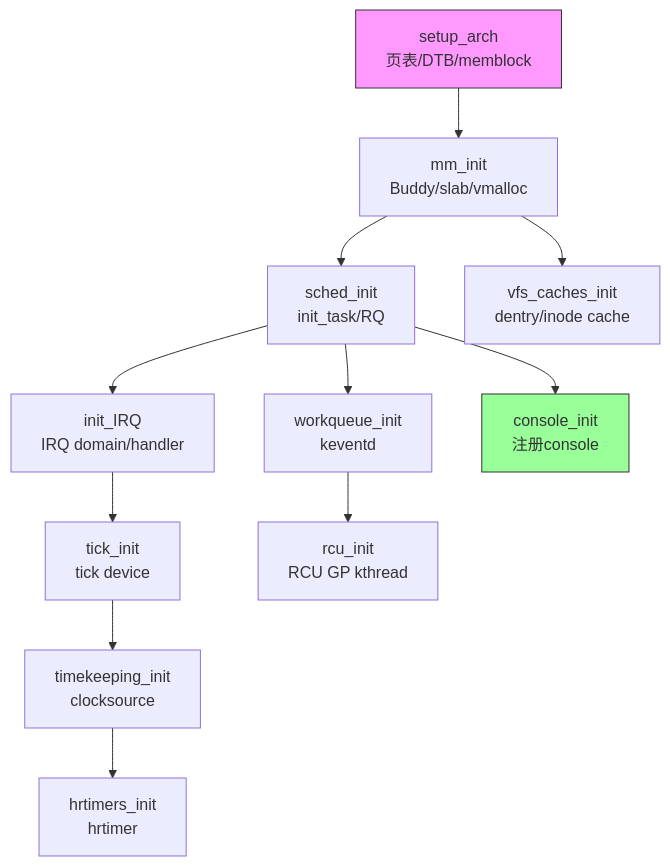
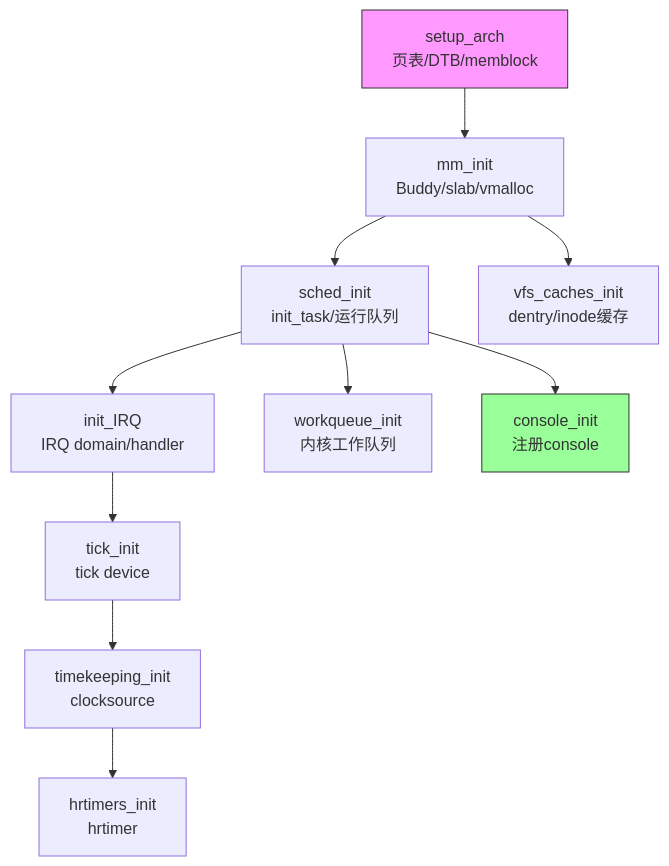
The diagram in docs/02-核心机制深度解析/第7章 启动链深度解析/7.5.2_start_kernel：C语言世界的入口.md (xiaohong0925/Embedded_Knowledge_System_V2026), drawn with Mermaid before and after one commit. The commit also changed other lines of this file and 20 other files, not shown here.

````diff
--- a/docs/02-核心机制深度解析/第7章 启动链深度解析/7.5.2_start_kernel：C语言世界的入口.md
+++ b/docs/02-核心机制深度解析/第7章 启动链深度解析/7.5.2_start_kernel：C语言世界的入口.md
@@ -206,16 +96,15 @@
 ```mermaid
 graph TD
     A[setup_arch<br/>页表/DTB/memblock] --> B[mm_init<br/>Buddy/slab/vmalloc]
-    B --> C[sched_init<br/>init_task/RQ]
+    B --> C[sched_init<br/>init_task/运行队列]
     C --> D[init_IRQ<br/>IRQ domain/handler]
-    C --> E[workqueue_init<br/>keventd]
+    C --> E[workqueue_init<br/>内核工作队列]
     D --> F[tick_init<br/>tick device]
-    E --> G[rcu_init<br/>RCU GP kthread]
-    B --> H[vfs_caches_init<br/>dentry/inode cache]
+    B --> H[vfs_caches_init<br/>dentry/inode缓存]
     F --> I[timekeeping_init<br/>clocksource]
     I --> J[hrtimers_init<br/>hrtimer]
     C --> K[console_init<br/>注册console]
 
     style A fill:#f9f,stroke:#333
     style K fill:#9f9,stroke:#333
 ```
````
